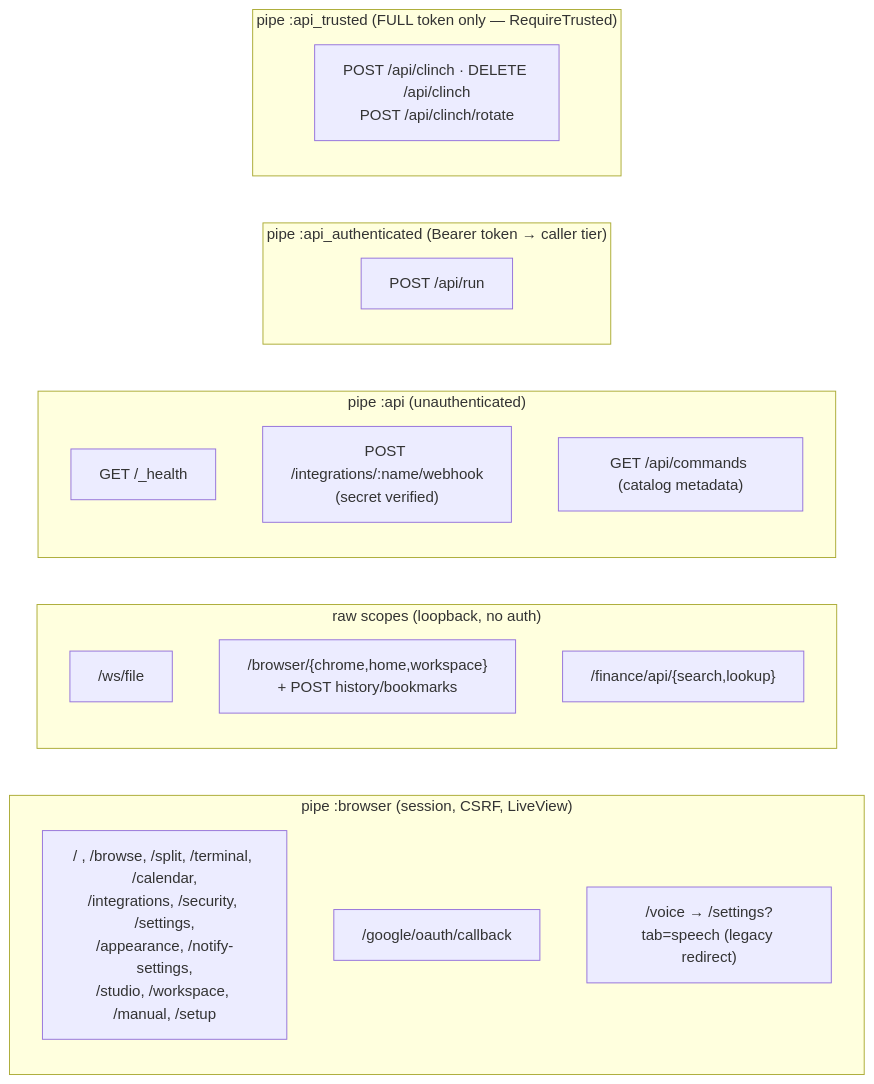
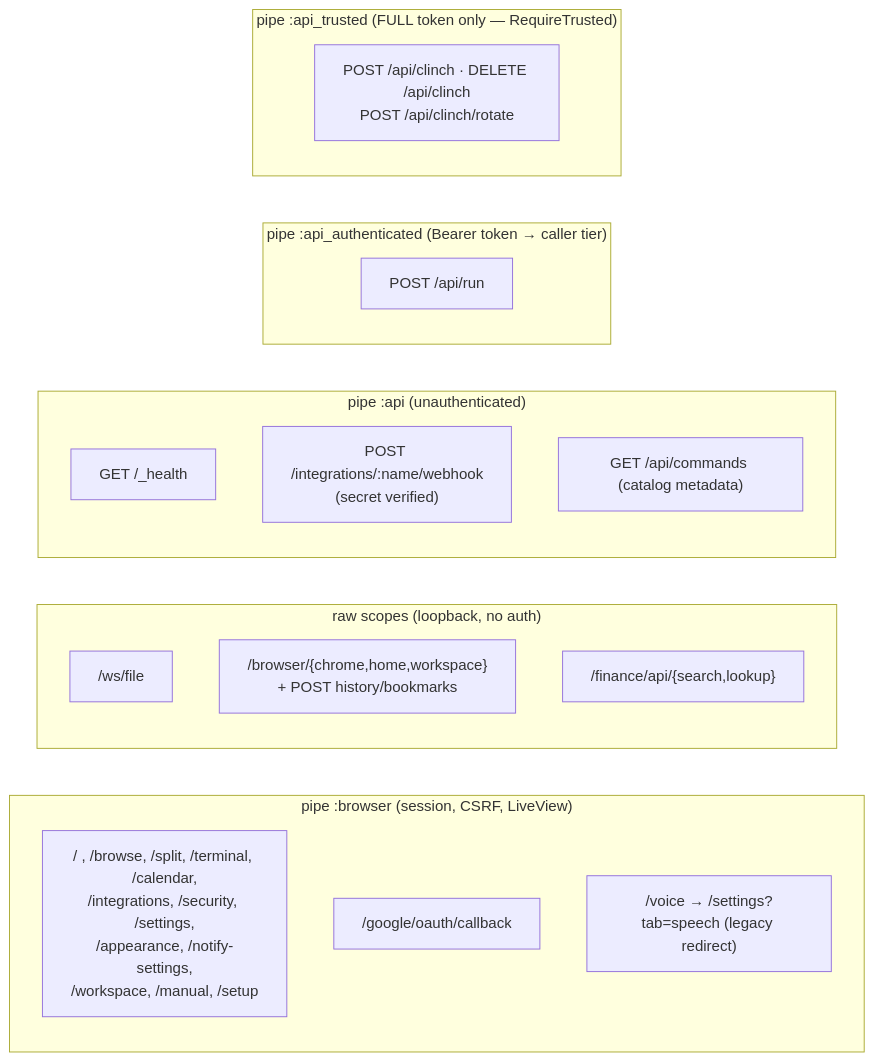
Before and after one commit to hightowerbuilds/buster-claw: the eighth of 8 diagrams in docs/UML.md, drawn with Mermaid. The commit also changed 90 other files, not shown here.

````diff
--- a/docs/UML.md
+++ b/docs/UML.md
@@ -348,24 +348,24 @@
 ```mermaid
 flowchart LR
     subgraph browser["pipe :browser (session, CSRF, LiveView)"]
-        R1["/ , /browse, /split, /terminal, /calendar,<br/>/integrations, /security, /settings,<br/>/appearance, /notify-settings,<br/>/studio, /workspace, /manual, /setup"]
+        R1["/ , /browse, /split, /terminal, /calendar,<br/>/integrations, /security, /settings,<br/>/appearance, /notify-settings,<br/>/workspace, /manual, /setup"]
         R2["/google/oauth/callback"]
         R3["/voice → /settings?tab=speech (legacy redirect)"]
     end
     subgraph raw["raw scopes (loopback, no auth)"]
         W1["/ws/file"]
         W2["/browser/{chrome,home,workspace}<br/>+ POST history/bookmarks"]
         W3["/finance/api/{search,lookup}"]
     end
     subgraph api["pipe :api (unauthenticated)"]
         H1["GET /_health"]
         H2["POST /integrations/:name/webhook<br/>(secret verified)"]
         H4["GET /api/commands (catalog metadata)"]
     end
     subgraph auth["pipe :api_authenticated (Bearer token → caller tier)"]
         A1["POST /api/run"]
     end
     subgraph trusted["pipe :api_trusted (FULL token only — RequireTrusted)"]
         C1["POST /api/clinch · DELETE /api/clinch<br/>POST /api/clinch/rotate"]
     end
 ```
````
